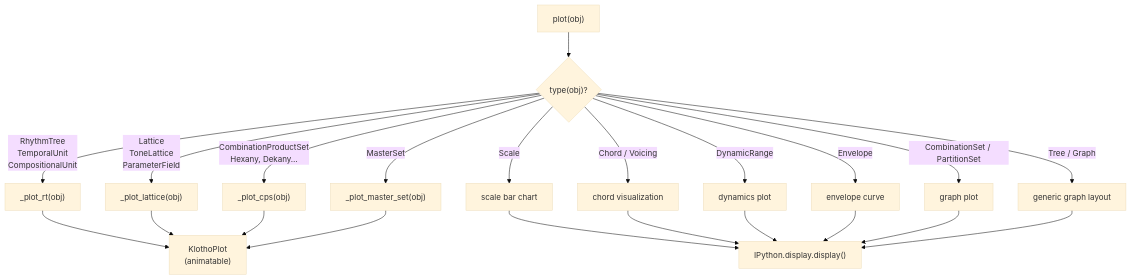
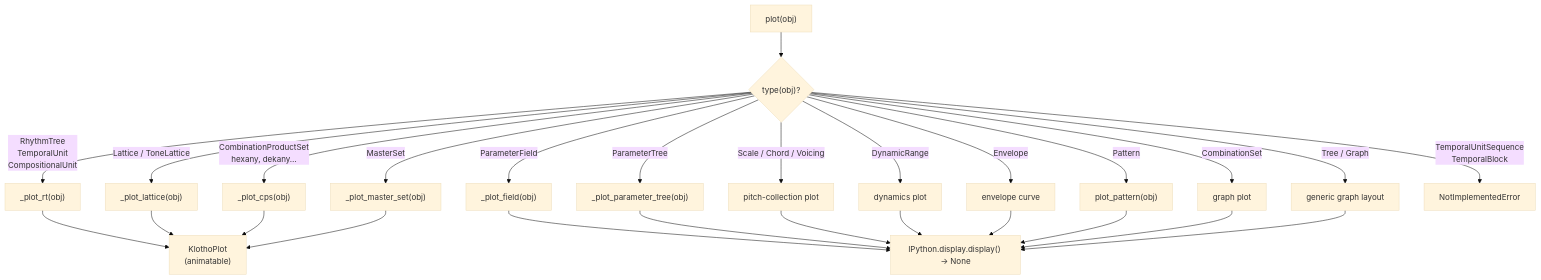
Before and after one commit to kr4g/Klotho: the first of 4 diagrams in docs/architecture/06_SEMEIOS.md, drawn with Mermaid (base theme). The commit also changed other lines of this file and 13 other files, not shown here.

First line of the commit message:
Overhaul architecture docs for Klotho 10.x API

````diff
--- a/docs/architecture/06_SEMEIOS.md
+++ b/docs/architecture/06_SEMEIOS.md
@@ -70,27 +70,32 @@
 ```mermaid
 flowchart TD
     P["plot(obj)"] --> T{"type(obj)?"}
 
     T -->|RhythmTree<br/>TemporalUnit<br/>CompositionalUnit| RT["_plot_rt(obj)"]
-    T -->|Lattice<br/>ToneLattice<br/>ParameterField| LAT["_plot_lattice(obj)"]
-    T -->|CombinationProductSet<br/>Hexany, Dekany…| CPS["_plot_cps(obj)"]
+    T -->|Lattice / ToneLattice| LAT["_plot_lattice(obj)"]
+    T -->|ParameterField| PF["_plot_field(obj)"]
+    T -->|CombinationProductSet<br/>hexany, dekany…| CPS["_plot_cps(obj)"]
     T -->|MasterSet| MS["_plot_master_set(obj)"]
-    T -->|Scale| SC["scale bar chart"]
-    T -->|Chord / Voicing| CH["chord visualization"]
+    T -->|ParameterTree| PT["_plot_parameter_tree(obj)"]
+    T -->|Scale / Chord / Voicing| SC["pitch-collection plot"]
     T -->|DynamicRange| DR["dynamics plot"]
     T -->|Envelope| EN["envelope curve"]
-    T -->|CombinationSet / PartitionSet| CS["graph plot"]
+    T -->|Pattern| PAT["plot_pattern(obj)"]
+    T -->|CombinationSet| CS["graph plot"]
     T -->|Tree / Graph| GR["generic graph layout"]
+    T -->|TemporalUnitSequence<br/>TemporalBlock| NIE["NotImplementedError"]
 
     RT --> KP["KlothoPlot<br/>(animatable)"]
     LAT --> KP
     CPS --> KP
     MS --> KP
 
-    SC --> DISP["IPython.display.display()"]
-    CH --> DISP
+    PF --> DISP["IPython.display.display() → None"]
+    PT --> DISP
+    SC --> DISP
     DR --> DISP
     EN --> DISP
+    PAT --> DISP
     CS --> DISP
     GR --> DISP
 ```
````
